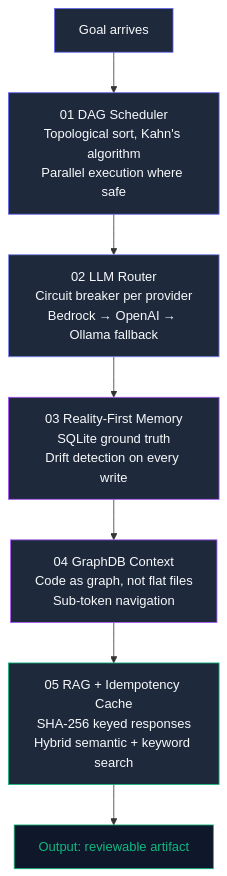
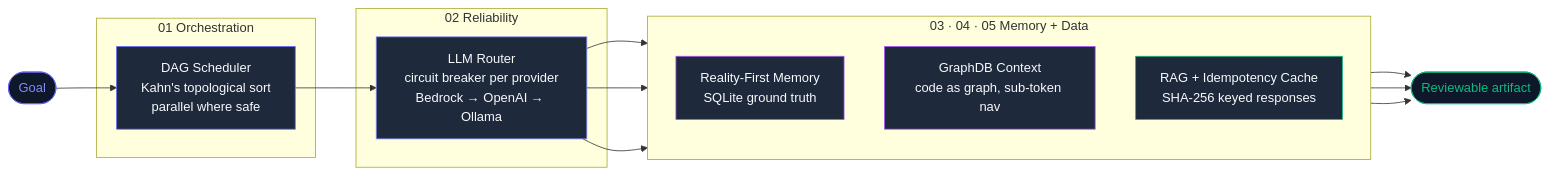
One commit to shubham0086/agentic-patterns changed the diagram in README.md. Above: the diagram before and after it, drawn with Mermaid.

Commit message:
Fix Mermaid: horizontal LR layout, layered architecture view

````diff
--- a/README.md
+++ b/README.md
@@ -43,17 +43,36 @@
 ```mermaid
-graph TD
-    A[Goal arrives] --> B[01 DAG Scheduler\nTopological sort, Kahn's algorithm\nParallel execution where safe]
-    B --> C[02 LLM Router\nCircuit breaker per provider\nBedrock → OpenAI → Ollama fallback]
-    C --> D[03 Reality-First Memory\nSQLite ground truth\nDrift detection on every write]
-    D --> E[04 GraphDB Context\nCode as graph, not flat files\nSub-token navigation]
-    E --> F[05 RAG + Idempotency Cache\nSHA-256 keyed responses\nHybrid semantic + keyword search]
-    F --> G[Output: reviewable artifact]
+graph LR
+    GOAL([Goal]) --> DAG
 
-    style A fill:#1e293b,stroke:#6366f1,color:#f8fafc
-    style B fill:#1e293b,stroke:#6366f1,color:#f8fafc
-    style C fill:#1e293b,stroke:#818cf8,color:#f8fafc
-    style D fill:#1e293b,stroke:#a855f7,color:#f8fafc
-    style E fill:#1e293b,stroke:#a855f7,color:#f8fafc
-    style F fill:#1e293b,stroke:#10b981,color:#f8fafc
-    style G fill:#0f172a,stroke:#10b981,color:#10b981
+    subgraph ORC ["01  Orchestration"]
+        DAG[DAG Scheduler\nKahn's topological sort\nparallel where safe]
+    end
+
+    subgraph REL ["02  Reliability"]
+        LLM[LLM Router\ncircuit breaker per provider\nBedrock → OpenAI → Ollama]
+    end
+
+    subgraph MEM ["03 · 04 · 05  Memory + Data"]
+        direction TB
+        REAL[Reality-First Memory\nSQLite ground truth]
+        GDB[GraphDB Context\ncode as graph, sub-token nav]
+        RAG[RAG + Idempotency Cache\nSHA-256 keyed responses]
+    end
+
+    DAG --> LLM
+    LLM --> REAL
+    LLM --> GDB
+    LLM --> RAG
+    REAL --> OUT
+    GDB  --> OUT
+    RAG  --> OUT
+    OUT([Reviewable artifact])
+
+    style GOAL fill:#0f172a,stroke:#6366f1,color:#818cf8
+    style DAG  fill:#1e293b,stroke:#6366f1,color:#f8fafc
+    style LLM  fill:#1e293b,stroke:#818cf8,color:#f8fafc
+    style REAL fill:#1e293b,stroke:#a855f7,color:#f8fafc
+    style GDB  fill:#1e293b,stroke:#a855f7,color:#f8fafc
+    style RAG  fill:#1e293b,stroke:#10b981,color:#f8fafc
+    style OUT  fill:#0f172a,stroke:#10b981,color:#10b981
 ```
````
